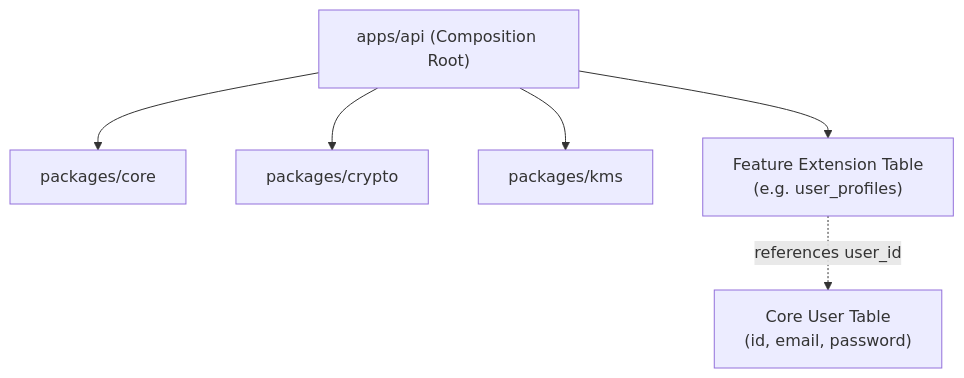
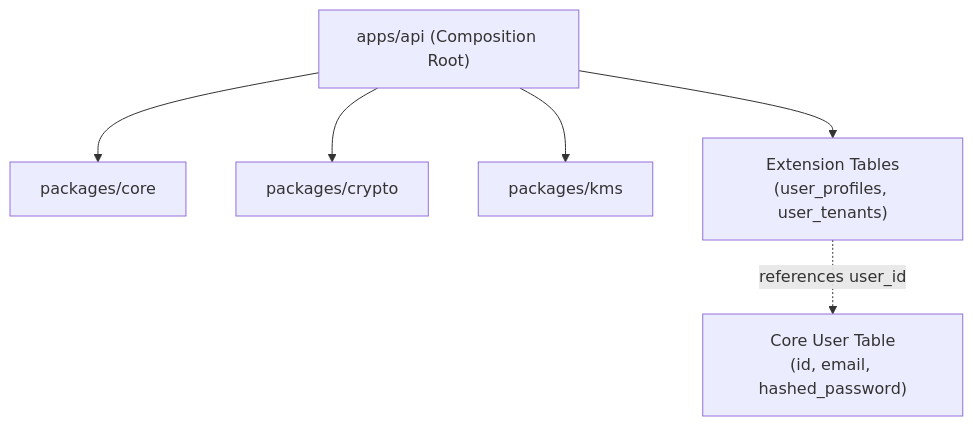
The first of 2 diagrams in README.md (mac-lisowski/project-taipan), drawn with Mermaid before and after one commit. The commit also changed other lines of this file and 40 other files, not shown here.

````diff
--- a/README.md
+++ b/README.md
@@ -47,9 +67,9 @@
 ```mermaid
 flowchart TD
     App["apps/api (Composition Root)"] --> Core["packages/core"]
     App --> Crypto["packages/crypto"]
     App --> Kms["packages/kms"]
-    App --> Ext["Feature Extension Table\n(e.g. user_profiles)"]
+    App --> Ext["Extension Tables\n(user_profiles, user_tenants)"]
 
-    Ext -.->|references user_id| User["Core User Table\n(id, email, password)"]
+    Ext -.->|references user_id| User["Core User Table\n(id, email, hashed_password)"]
 ```
````
